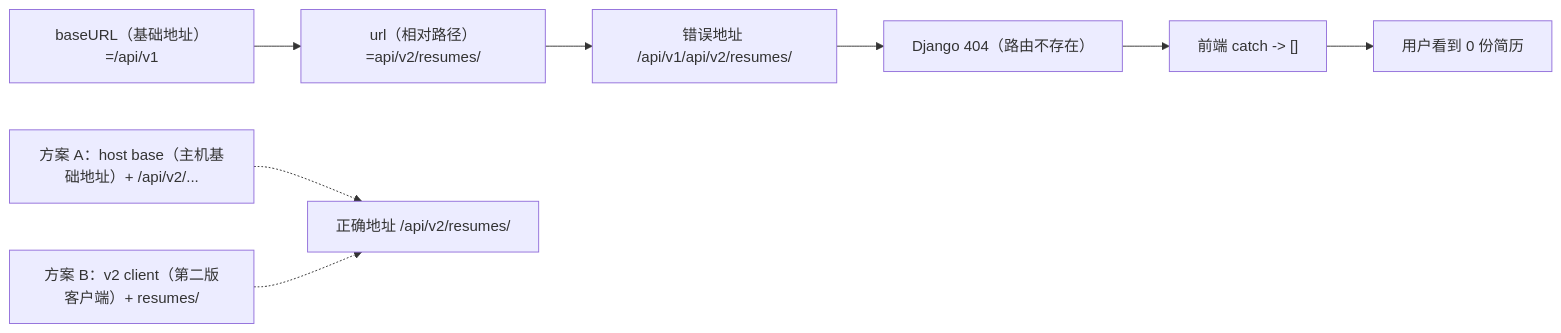
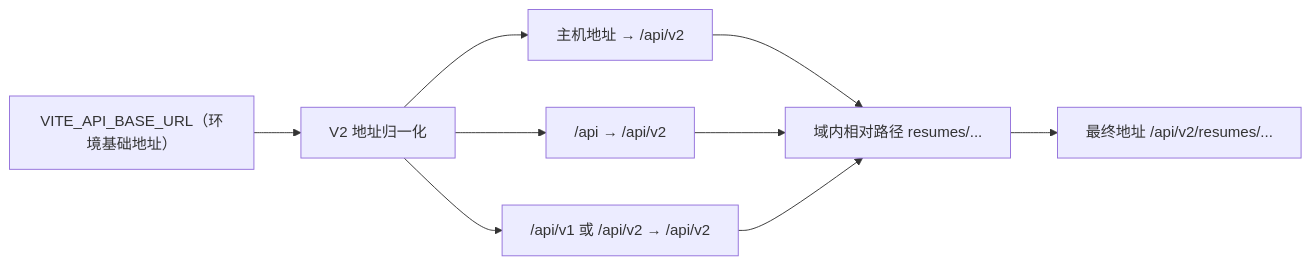
Before and after one commit to 6Asmile/AI_interview: the third of 13 diagrams in docs/ifaceoff-vault/03-卷二-全栈架构与一次请求.md, drawn with Mermaid. The commit also changed other lines of this file and 12 other files, not shown here.

````diff
--- a/docs/ifaceoff-vault/03-卷二-全栈架构与一次请求.md
+++ b/docs/ifaceoff-vault/03-卷二-全栈架构与一次请求.md
@@ -140,10 +148,11 @@
 ```mermaid
 flowchart LR
-    BASE["baseURL（基础地址）=/api/v1"] --> REL["url（相对路径）=api/v2/resumes/"]
-    REL --> BAD["错误地址 /api/v1/api/v2/resumes/"]
-    BAD --> F404["Django 404（路由不存在）"]
-    F404 --> CATCH["前端 catch -> []"]
-    CATCH --> EMPTY["用户看到 0 份简历"]
-    FIX1["方案 A：host base（主机基础地址）+ /api/v2/..."] -.-> OK["正确地址 /api/v2/resumes/"]
-    FIX2["方案 B：v2 client（第二版客户端）+ resumes/"] -.-> OK
+    ENV["VITE_API_BASE_URL（环境基础地址）"] --> NORMALIZE["V2 地址归一化"]
+    NORMALIZE --> HOST["主机地址 → /api/v2"]
+    NORMALIZE --> API["/api → /api/v2"]
+    NORMALIZE --> VERSION["/api/v1 或 /api/v2 → /api/v2"]
+    HOST --> REL["域内相对路径 resumes/..."]
+    API --> REL
+    VERSION --> REL
+    REL --> OK["最终地址 /api/v2/resumes/..."]
 ```
````
